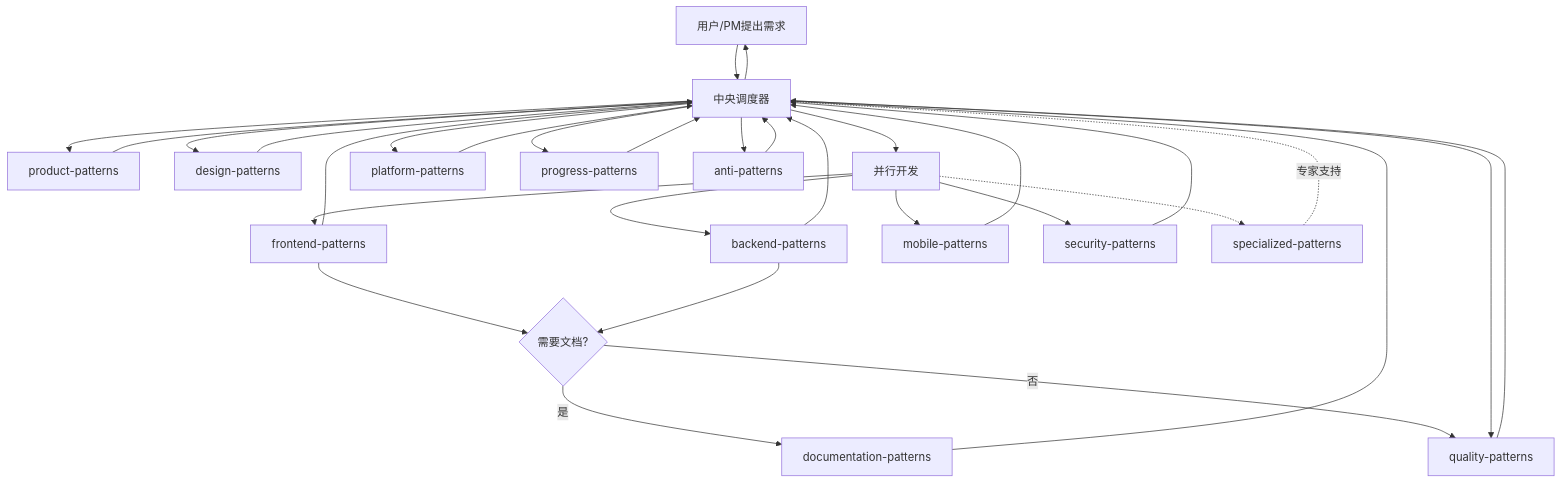
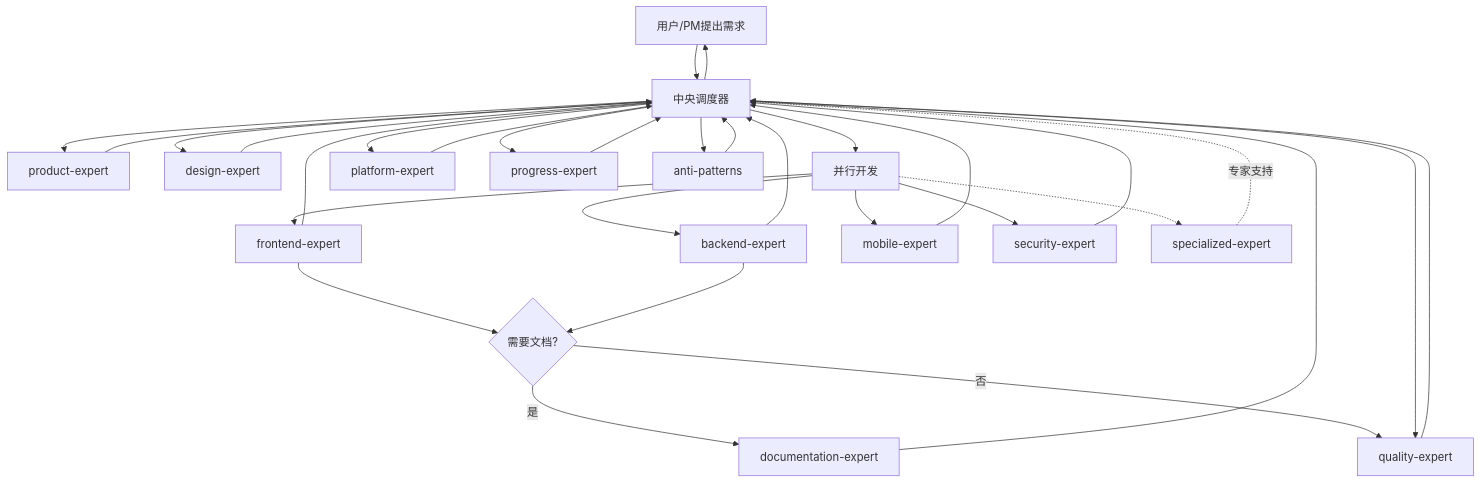
The first of 2 diagrams in agents/orchestrator.md (Tooooommy/Trae-Workflow), drawn with Mermaid before and after one commit. The commit also changed other lines of this file and 24 other files, not shown here.

````diff
--- a/agents/orchestrator.md
+++ b/agents/orchestrator.md
@@ -25,43 +25,43 @@
 ```mermaid
 flowchart TD
     User[用户/PM提出需求] --> Orchestrator[中央调度器]
 
-    Orchestrator --> Product[product-patterns]
+    Orchestrator --> Product[product-expert]
     Product --> Orchestrator
 
-    Orchestrator --> Design[design-patterns]
+    Orchestrator --> Design[design-expert]
     Design --> Orchestrator
 
     Orchestrator --> ParallelDev[并行开发]
-    ParallelDev --> FE[frontend-patterns]
-    ParallelDev --> BE[backend-patterns]
-    ParallelDev --> Mobile[mobile-patterns]
-    ParallelDev --> Security[security-patterns]
-    ParallelDev -.-> Expert[specialized-patterns]
+    ParallelDev --> FE[frontend-expert]
+    ParallelDev --> BE[backend-expert]
+    ParallelDev --> Mobile[mobile-expert]
+    ParallelDev --> Security[security-expert]
+    ParallelDev -.-> Expert[specialized-expert]
 
     FE --> DocReq{需要文档?}
     BE --> DocReq
-    DocReq -->|是| Doc[documentation-patterns]
+    DocReq -->|是| Doc[documentation-expert]
     DocReq -->|否| QA
 
     FE --> Orchestrator
     BE --> Orchestrator
     Mobile --> Orchestrator
     Security --> Orchestrator
     Expert -. 专家支持 .-> Orchestrator
     Doc --> Orchestrator
 
-    Orchestrator --> QA[quality-patterns]
+    Orchestrator --> QA[quality-expert]
     QA --> Orchestrator
 
-    Orchestrator --> Ops[platform-patterns]
+    Orchestrator --> Ops[platform-expert]
     Ops --> Orchestrator
 
-    Orchestrator --> Progress[progress-patterns]
+    Orchestrator --> Progress[progress-expert]
     Progress --> Orchestrator
 
     Orchestrator --> Anti[anti-patterns]
     Anti --> Orchestrator
 
     Orchestrator --> User
 ```
````
